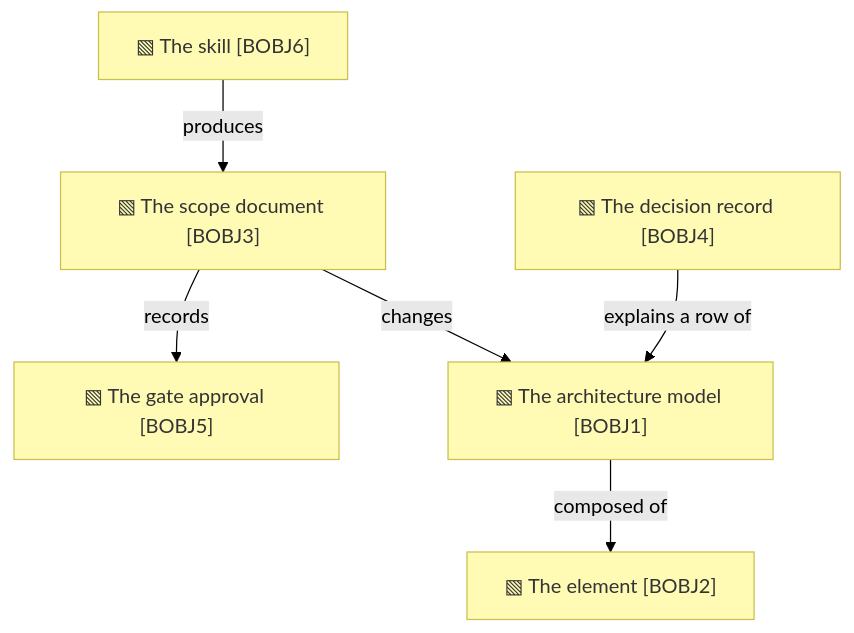
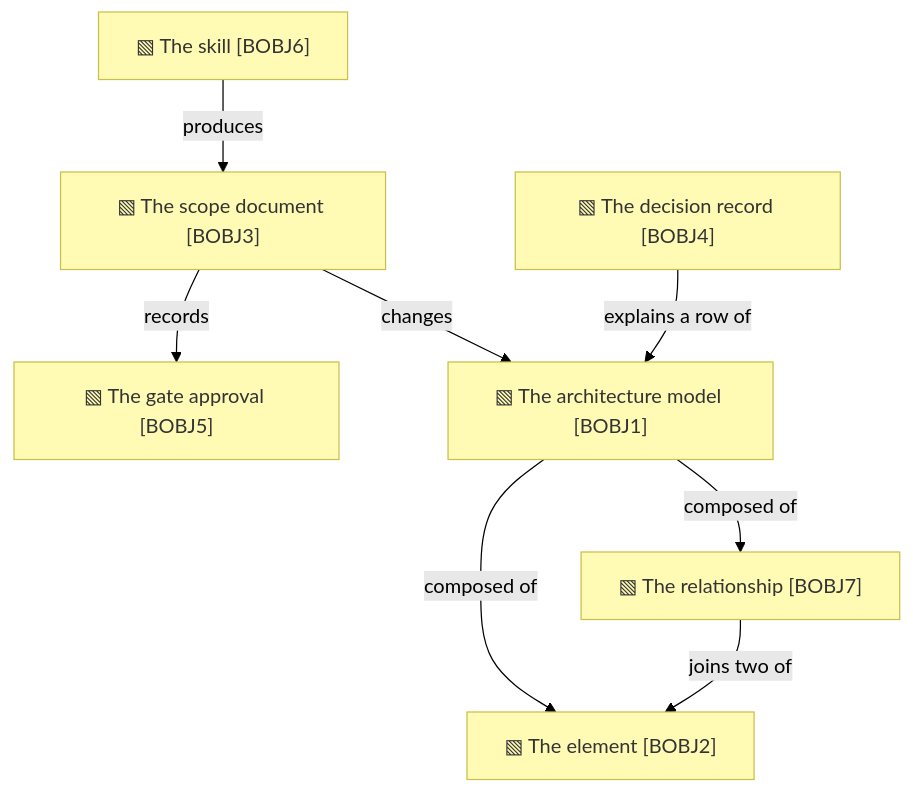
The second of 2 diagrams in product-archreator/architecture/2_business/4_business-objects.md (roanboc/architecture-archreator), drawn with Mermaid (forest theme) before and after one commit. The commit also changed other lines of this file and 7 other files, not shown here.

````diff
--- a/product-archreator/architecture/2_business/4_business-objects.md
+++ b/product-archreator/architecture/2_business/4_business-objects.md
@@ -35,17 +40,20 @@
 ```mermaid
 flowchart TB
   bobj1["▧ The architecture model [BOBJ1]"]:::object
   bobj2["▧ The element [BOBJ2]"]:::object
   bobj3["▧ The scope document [BOBJ3]"]:::object
   bobj4["▧ The decision record [BOBJ4]"]:::object
   bobj5["▧ The gate approval [BOBJ5]"]:::object
   bobj6["▧ The skill [BOBJ6]"]:::object
+  bobj7["▧ The relationship [BOBJ7]"]:::object
 
   bobj1 -->|composed of| bobj2
+  bobj1 -->|composed of| bobj7
+  bobj7 -->|joins two of| bobj2
   bobj3 -->|records| bobj5
   bobj3 -->|changes| bobj1
   bobj4 -->|explains a row of| bobj1
   bobj6 -->|produces| bobj3
 
   classDef object fill:#fffbb5,stroke:#c8c04a,color:#333
 ```
````
